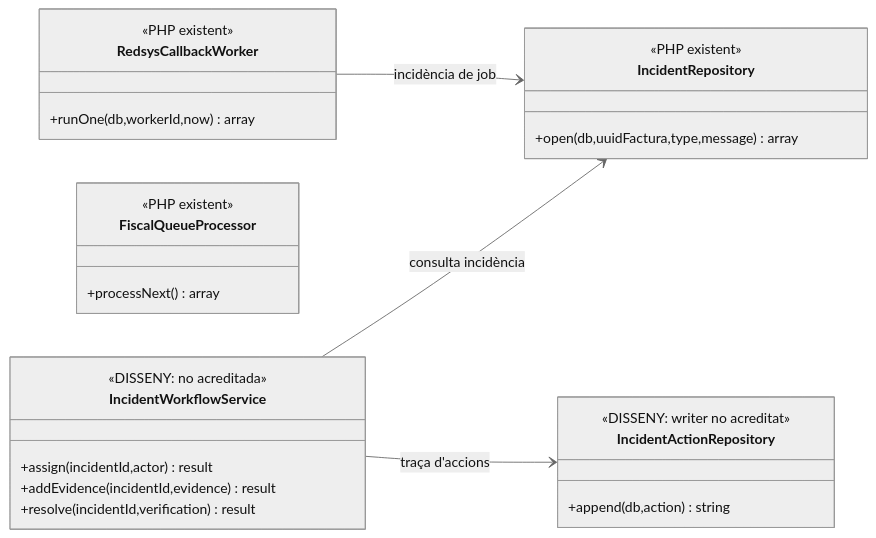
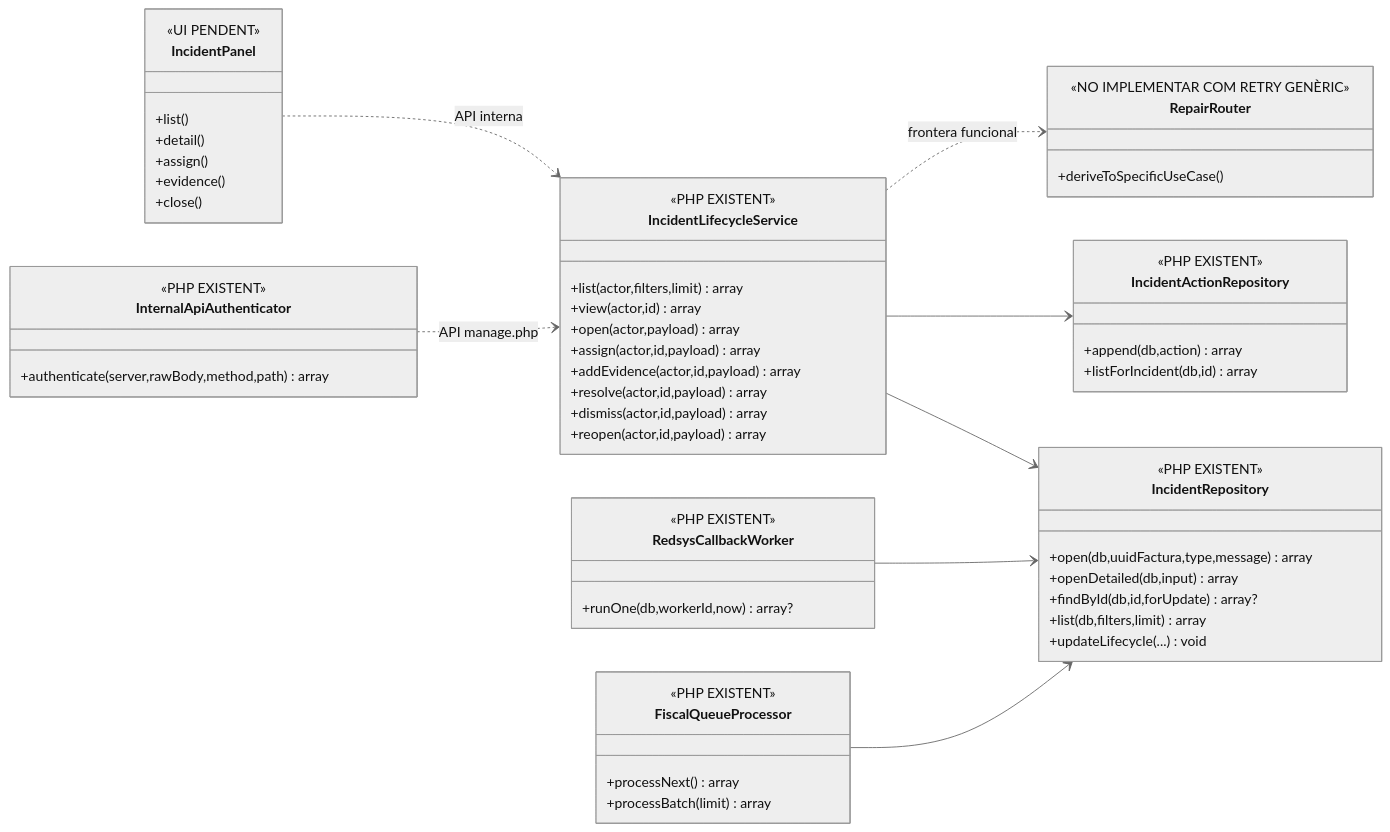
The second of 23 diagrams in documentacio/07-uml-integrat/uc-008-gestionar-incidencia-sif.md (orgmeriemprismacat-del/verifactu), drawn with Mermaid (neutral theme) before and after one commit. The commit also changed other lines of this file and 18 other files, not shown here.

Commit message:
feat(uc-008): auditar, documentar i implementar lifecycle d'incidencies

````diff
--- a/documentacio/07-uml-integrat/uc-008-gestionar-incidencia-sif.md
+++ b/documentacio/07-uml-integrat/uc-008-gestionar-incidencia-sif.md
@@ -126,29 +179,69 @@
-```mermaid
+~~~mermaid
 classDiagram
 direction LR
+
 class IncidentRepository {
- <<PHP existent>>
- +open(db,uuidFactura,type,message) array
+  <<PHP EXISTENT>>
+  +open(db,uuidFactura,type,message) array
+  +openDetailed(db,input) array
+  +findById(db,id,forUpdate) array?
+  +list(db,filters,limit) array
+  +updateLifecycle(...) void
 }
-class IncidentWorkflowService {
- <<DISSENY: no acreditada>>
- +assign(incidentId,actor) result
- +addEvidence(incidentId,evidence) result
- +resolve(incidentId,verification) result
+
+class IncidentActionRepository {
+  <<PHP EXISTENT>>
+  +append(db,action) array
+  +listForIncident(db,id) array
 }
-class IncidentActionRepository {
- <<DISSENY: writer no acreditat>>
- +append(db,action) string
+
+class IncidentLifecycleService {
+  <<PHP EXISTENT>>
+  +list(actor,filters,limit) array
+  +view(actor,id) array
+  +open(actor,payload) array
+  +assign(actor,id,payload) array
+  +addEvidence(actor,id,payload) array
+  +resolve(actor,id,payload) array
+  +dismiss(actor,id,payload) array
+  +reopen(actor,id,payload) array
 }
+
+class InternalApiAuthenticator {
+  <<PHP EXISTENT>>
+  +authenticate(server,rawBody,method,path) array
+}
+
+class RedsysCallbackWorker {
+  <<PHP EXISTENT>>
+  +runOne(db,workerId,now) array?
+}
+
 class FiscalQueueProcessor {
- <<PHP existent>>
- +processNext() array
+  <<PHP EXISTENT>>
+  +processNext() array
+  +processBatch(limit) array
 }
-class RedsysCallbackWorker {
- <<PHP existent>>
- +runOne(db,workerId,now) array
+
+class IncidentPanel {
+  <<UI PENDENT>>
+  +list()
+  +detail()
+  +assign()
+  +evidence()
+  +close()
 }
-IncidentWorkflowService --> IncidentRepository : consulta incidència
-IncidentWorkflowService --> IncidentActionRepository : traça d'accions
-RedsysCallbackWorker --> IncidentRepository : incidència de job
-```
+
+class RepairRouter {
+  <<NO IMPLEMENTAR COM RETRY GENÈRIC>>
+  +deriveToSpecificUseCase()
+}
+
+IncidentLifecycleService --> IncidentRepository
+IncidentLifecycleService --> IncidentActionRepository
+InternalApiAuthenticator ..> IncidentLifecycleService : API manage.php
+RedsysCallbackWorker --> IncidentRepository
+FiscalQueueProcessor --> IncidentRepository
+IncidentPanel ..> IncidentLifecycleService : API interna
+IncidentLifecycleService ..> RepairRouter : frontera funcional
+~~~
````
